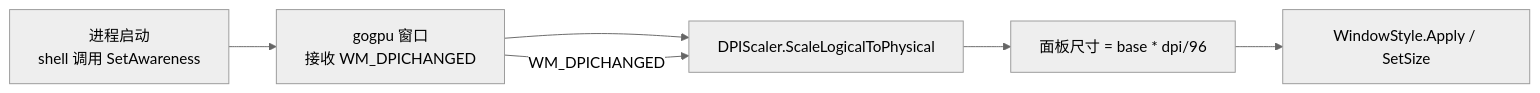
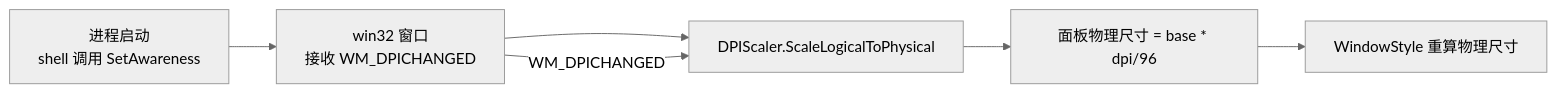
The second of 4 diagrams in docs/20-Platform/DPI.md (shaolei/DeskCalendar), drawn with Mermaid (neutral theme) before and after one commit. The commit also changed other lines of this file and 25 other files, not shown here.

````diff
--- a/docs/20-Platform/DPI.md
+++ b/docs/20-Platform/DPI.md
@@ -41,8 +41,8 @@
 ```mermaid
 flowchart LR
-    Proc["进程启动\nshell 调用 SetAwareness"] --> Win["gogpu 窗口\n接收 WM_DPICHANGED"]
+    Proc["进程启动\nshell 调用 SetAwareness"] --> Win["win32 窗口\n接收 WM_DPICHANGED"]
     Win --> Scaler["DPIScaler.ScaleLogicalToPhysical"]
-    Scaler --> Size["面板尺寸 = base * dpi/96"]
-    Size --> Apply["WindowStyle.Apply / SetSize"]
+    Scaler --> Size["面板物理尺寸 = base * dpi/96"]
+    Size --> Apply["WindowStyle 重算物理尺寸"]
     Win -->|"WM_DPICHANGED"| Scaler
 ```
````
